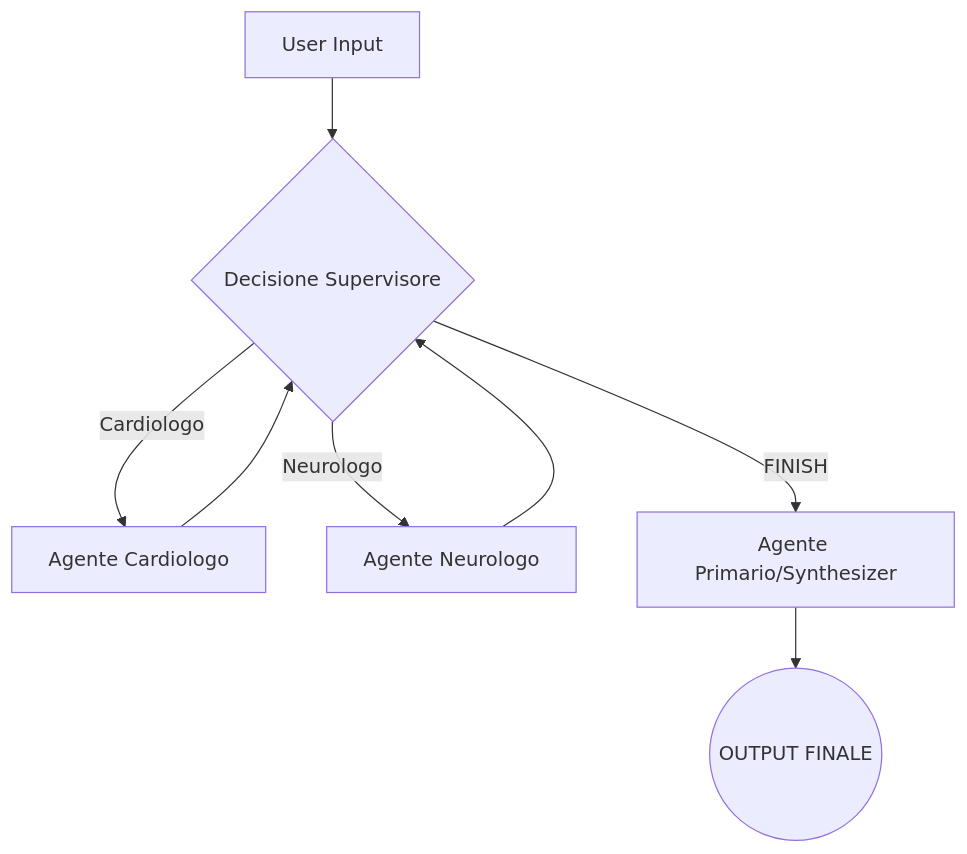
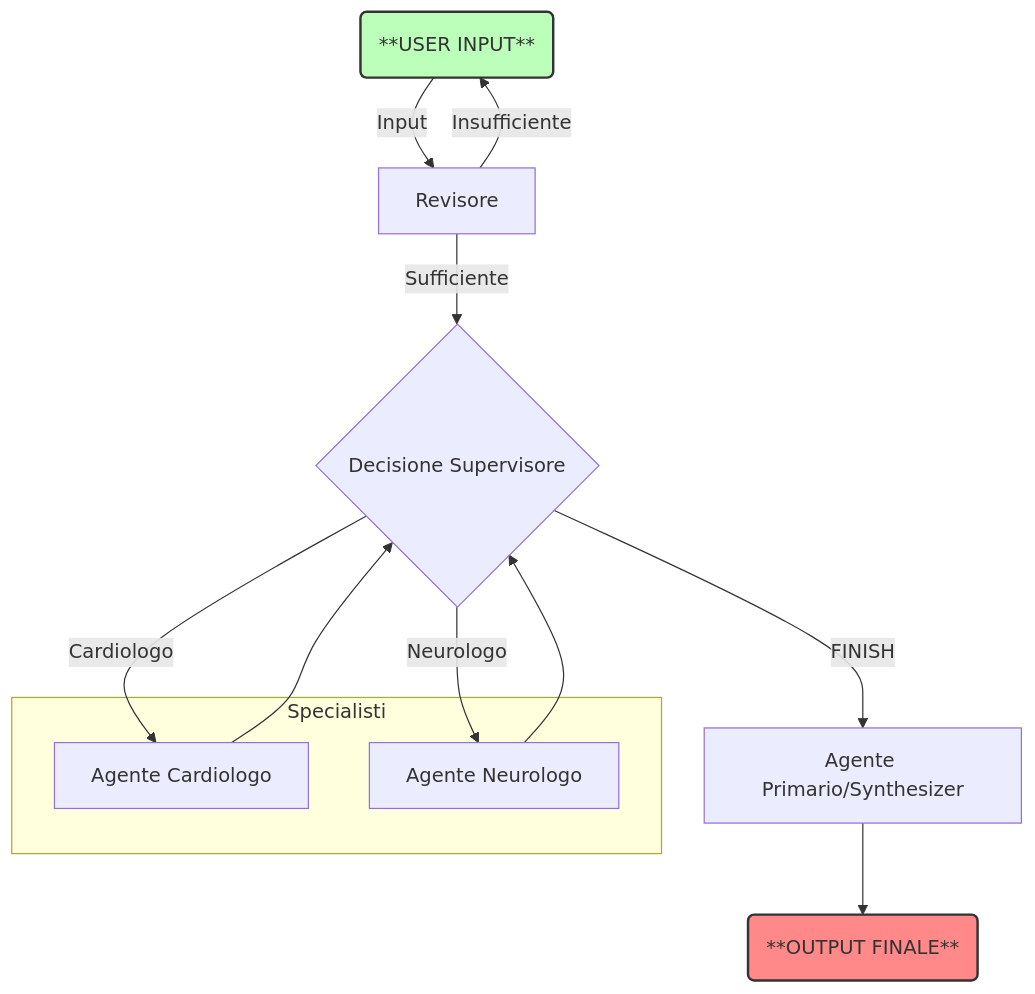
One commit to Lombardi2003/V.I.T.A. changed the diagram in README.md. Above: the diagram before and after it, drawn with Mermaid. The commit also changed other lines of this file and 5 other files, not shown here.

````diff
--- a/README.md
+++ b/README.md
@@ -23,15 +23,24 @@
 ```mermaid
-graph TD
-    Start[User Input] --> Supervisor
-    Supervisor{Decisione Supervisore}
+graph
+    Start(**USER INPUT**) --Input--> Revisore
+    Revisore --Sufficiente--> Supervisor{Decisione Supervisore}
+    Revisore --Insufficiente--> Start(**USER INPUT**)
+
+    subgraph Specialisti
+        Cardio[Agente Cardiologo]
+        Neuro[Agente Neurologo]
+    end
     
-    Supervisor --"Cardiologo"--> Cardio[Agente Cardiologo]
-    Supervisor --"Neurologo"--> Neuro[Agente Neurologo]
-    
+    Supervisor --"Cardiologo"--> Cardio
+    Supervisor --"Neurologo"--> Neuro
+
     Cardio --> Supervisor
     Neuro --> Supervisor
-    
+
     Supervisor --"FINISH"--> Primary[Agente Primario/Synthesizer]
-    
-    Primary --> End((OUTPUT FINALE))
+    Primary --> End(**OUTPUT FINALE**)
+
+    style Start fill:#bfb,stroke:#333,stroke-width:2px
+    style End fill:#f88,stroke:#333,stroke-width:2px
+
 ```
````
